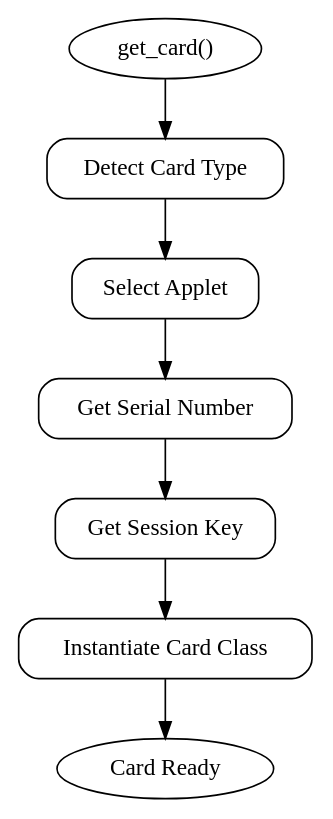
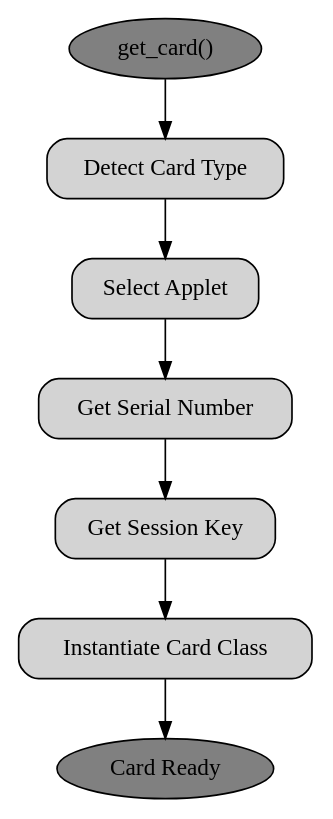
One commit to Cryptnox-Software/cryptnoxpy changed the seventh of 8 diagrams in docs/class_diagrams.rst. Above: the diagram before and after it, drawn with Graphviz. The commit also changed other lines of this file and 1 other file, not shown here.

Commit message:
Added gray colors to class diagrams

```diff
--- a/docs/class_diagrams.rst
+++ b/docs/class_diagrams.rst
@@ -283,23 +283,23 @@
 .. graphviz::
    :caption: Card Initialization Process
 
    digraph card_init {
       rankdir=TB;
-      node [shape=box, style="rounded", color=black, fontcolor=black];
+      node [shape=box, style="rounded,filled", color=black, fontcolor=black, fillcolor=lightgray];
       edge [color=black];
       
-      GetCard [label="get_card()", shape=ellipse];
+      GetCard [label="get_card()", shape=ellipse, fillcolor=gray];
       Detect [label="Detect Card Type"];
       Select [label="Select Applet"];
       Serial [label="Get Serial Number"];
       SessionKey [label="Get Session Key"];
       Instantiate [label="Instantiate Card Class"];
-      Ready [label="Card Ready", shape=ellipse];
+      Ready [label="Card Ready", shape=ellipse, fillcolor=gray];
       
       GetCard -> Detect;
       Detect -> Select;
       Select -> Serial;
       Serial -> SessionKey;
       SessionKey -> Instantiate;
       Instantiate -> Ready;
    }
```
